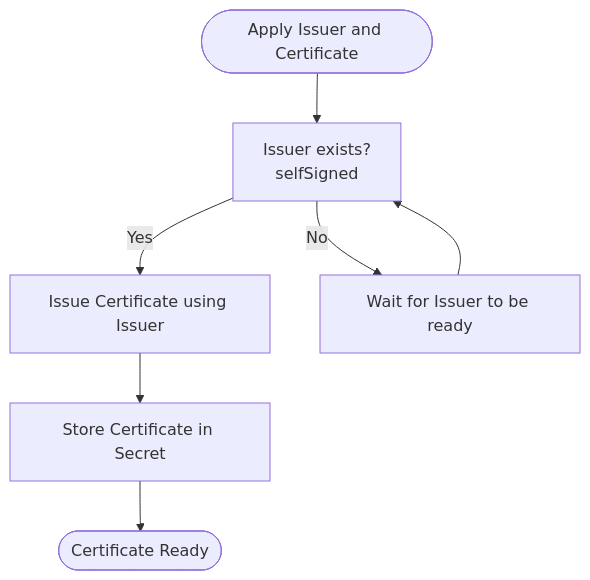
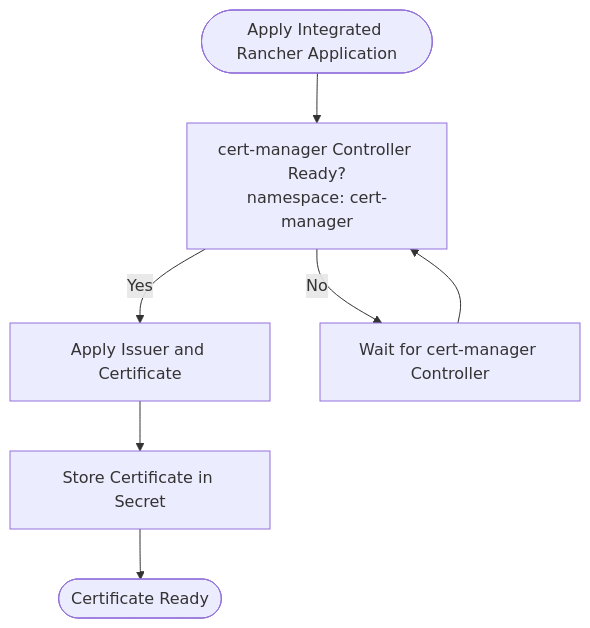
One commit to Hoangvu75/k8s_manifest changed the third of 5 diagrams in .qoder/repowiki/en/content/Playground Applications/Certificate Manager Application.md. Above: the diagram before and after it, drawn with Mermaid. The commit also changed other lines of this file and 24 other files, not shown here.

````diff
--- a/.qoder/repowiki/en/content/Playground Applications/Certificate Manager Application.md
+++ b/.qoder/repowiki/en/content/Playground Applications/Certificate Manager Application.md
@@ -147,9 +162,9 @@
 ```mermaid
 flowchart TD
-Start(["Apply Issuer and Certificate"]) --> CheckIssuer["Issuer exists?<br/>selfSigned"]
-CheckIssuer --> |Yes| IssueCert["Issue Certificate using Issuer"]
-CheckIssuer --> |No| Wait["Wait for Issuer to be ready"]
-IssueCert --> StoreSecret["Store Certificate in Secret"]
+Start(["Apply Integrated Rancher Application"]) --> CheckCM["cert-manager Controller Ready?<br/>namespace: cert-manager"]
+CheckCM --> |Yes| ApplyResources["Apply Issuer and Certificate"]
+CheckCM --> |No| Wait["Wait for cert-manager Controller"]
+ApplyResources --> StoreSecret["Store Certificate in Secret"]
 StoreSecret --> Ready(["Certificate Ready"])
-Wait --> CheckIssuer
+Wait --> CheckCM
 ```
````
